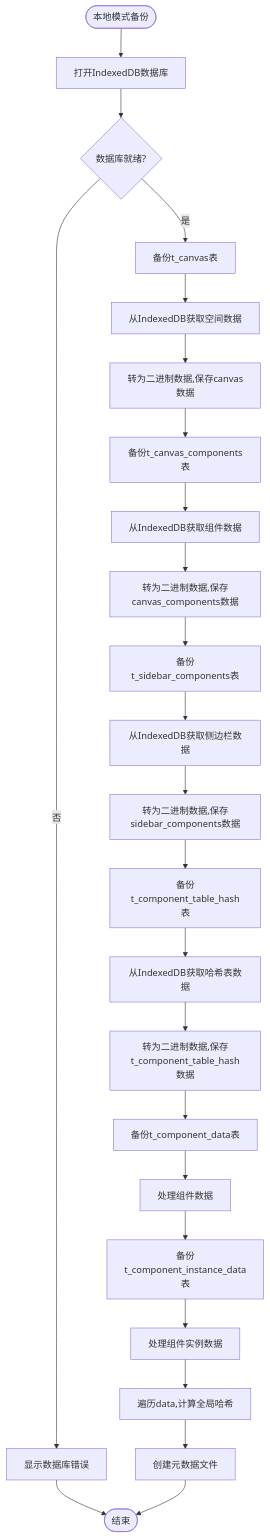
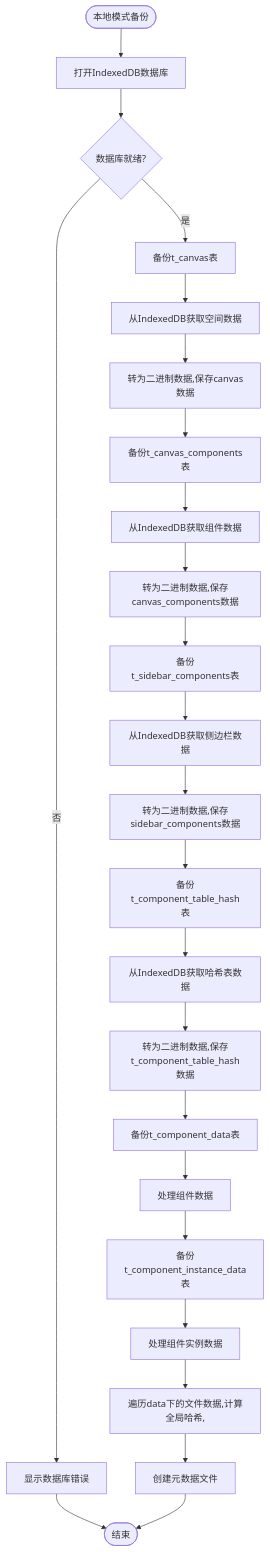
One commit to yingjianzh/iodraw-files changed the diagram in all/未命名-60.md. Above: the diagram before and after it, drawn with Mermaid.

Commit message:
2025-05-15 14:48:55 update

````diff
--- a/all/未命名-60.md
+++ b/all/未命名-60.md
@@ -1,34 +1,34 @@
 ```mermaid
 
 flowchart TD
     Start([本地模式备份]) --> OpenDB[打开IndexedDB数据库]
     OpenDB --> DBReady{数据库就绪?}
     
     DBReady -->|否| ShowDBError[显示数据库错误]
     DBReady -->|是| BackupCanvas[备份t_canvas表]
     
     ShowDBError --> End([结束])
     
     BackupCanvas --> GetCanvasFromDB[从IndexedDB获取空间数据]
     GetCanvasFromDB --> ProcessCanvasFile[转为二进制数据,保存canvas数据]
     ProcessCanvasFile -->  BackupCanvasComps[备份t_canvas_components表]
     BackupCanvasComps --> GetCanvasCompsFromDB[从IndexedDB获取组件数据]
     GetCanvasCompsFromDB --> ProcessCanvasCompsFile[转为二进制数据,保存canvas_components数据]
     ProcessCanvasCompsFile -->  BackupSidebarComps[备份t_sidebar_components表]
     BackupSidebarComps --> GetSidebarCompsFromDB[从IndexedDB获取侧边栏数据]
     GetSidebarCompsFromDB --> ProcessSidebarCompsFile[转为二进制数据,保存sidebar_components数据]
     ProcessSidebarCompsFile --> BackupHashTables[备份t_component_table_hash表]
     BackupHashTables --> GetHashTablesFromDB[从IndexedDB获取哈希表数据]
     GetHashTablesFromDB --> ProcessHashTablesFile[转为二进制数据,保存t_component_table_hash数据]
     ProcessHashTablesFile --> BackupCompData[备份t_component_data表]
     BackupCompData --> ProcessCompData[处理组件数据]
     
     ProcessCompData --> BackupInstData[备份t_component_instance_data表]
     BackupInstData --> ProcessInstData[处理组件实例数据]
     
-    ProcessInstData --> CalculateGlobalHash[遍历data,计算全局哈希]
+    ProcessInstData --> CalculateGlobalHash[遍历data下的文件数据,计算全局哈希,]
     CalculateGlobalHash --> CreateMetadataFile[创建元数据文件]
     
     CreateMetadataFile --> End
 
 ```
````
